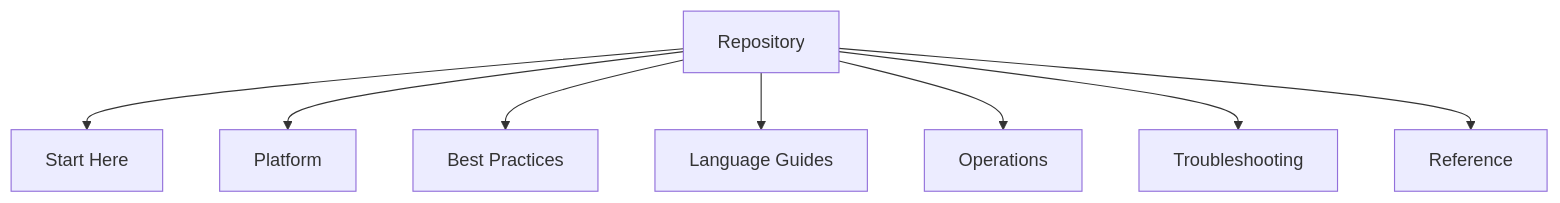
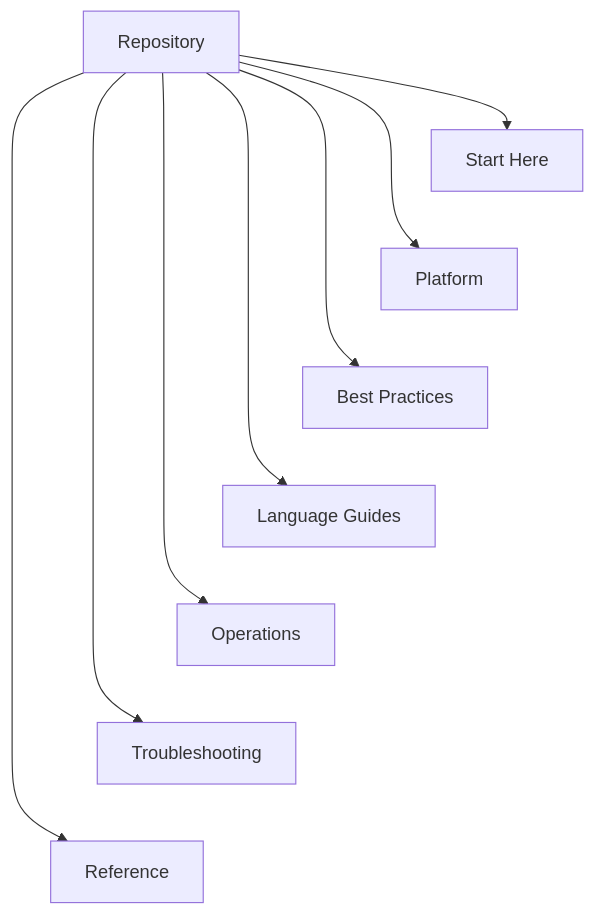
Before and after one commit to yeongseon/azure-functions-practical-guide: the diagram in docs/start-here/repository-map.md, drawn with Mermaid. The commit also changed other lines of this file and 1 other file, not shown here.

Commit message:
docs(diagrams): improve the repository navigation map readability (#559)
* docs(diagrams): improve the repository navigation map readability

Tier the existing destinations without changing visible arrows or adding prerequisites.

Refs #383

* docs(diagrams): record the repository map migration

Refresh only the owned record for the graph-preserving readable navigation map.

Refs #383

````diff
--- a/docs/start-here/repository-map.md
+++ b/docs/start-here/repository-map.md
@@ -36,10 +36,19 @@
 ```mermaid
 flowchart TD
+    accTitle: This repository's top-level navigation
+    accDescr: Repository points to Start Here, Platform, Best Practices, Language Guides, Operations, Troubleshooting and Reference. These are this guide's seven intent-based areas, not Azure components or a required reading sequence. Invisible links arrange the destinations only; they add no navigation arrows or prerequisites.
     R[Repository] --> S1[Start Here]
     R --> S2[Platform]
     R --> S3[Best Practices]
     R --> S4[Language Guides]
     R --> S5[Operations]
     R --> S6[Troubleshooting]
     R --> S7[Reference]
+    %% Layout-only links tier destinations; no additional navigation arrows or prerequisites.
+    S1 ~~~ S2
+    S2 ~~~ S3
+    S3 ~~~ S4
+    S4 ~~~ S5
+    S5 ~~~ S6
+    S6 ~~~ S7
 ```
````
